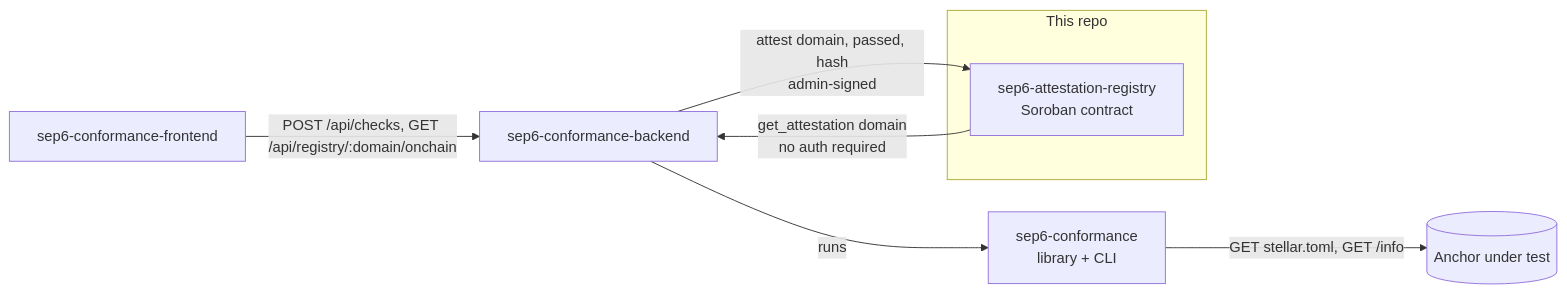
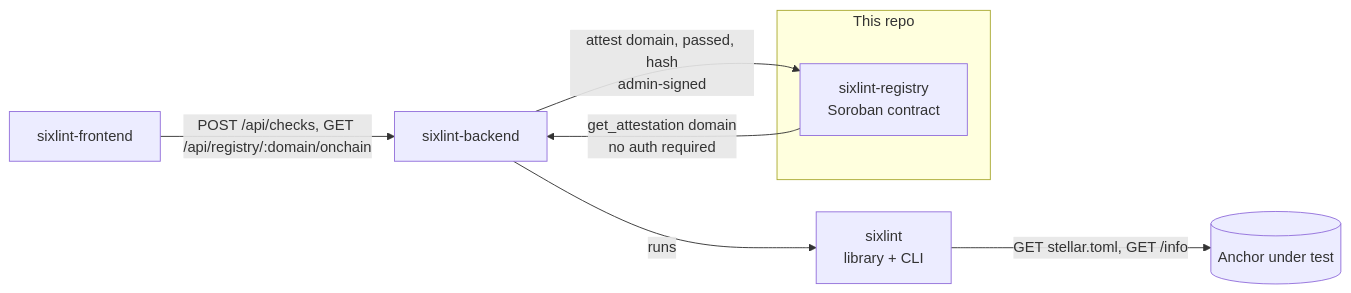
The first of 3 diagrams in README.md (SixLint/sixlint-registry), drawn with Mermaid before and after one commit. The commit also changed other lines of this file and 1 other file, not shown here.

First line of the commit message:
Rename project from sep6-attestation-registry to sixlint-registry

````diff
--- a/README.md
+++ b/README.md
@@ -21,16 +21,16 @@
 ```mermaid
 flowchart LR
     Anchor[(Anchor under test)]
-    Lib[sep6-conformance<br/>library + CLI]
-    BE[sep6-conformance-backend]
+    Lib[sixlint<br/>library + CLI]
+    BE[sixlint-backend]
     subgraph This repo
-        Contract[sep6-attestation-registry<br/>Soroban contract]
+        Contract[sixlint-registry<br/>Soroban contract]
     end
-    FE[sep6-conformance-frontend]
+    FE[sixlint-frontend]
 
     Lib -->|GET stellar.toml, GET /info| Anchor
     BE -->|runs| Lib
     BE -->|attest domain, passed, hash<br/>admin-signed| Contract
     Contract -->|get_attestation domain<br/>no auth required| BE
     FE -->|POST /api/checks, GET /api/registry/:domain/onchain| BE
 ```
````
